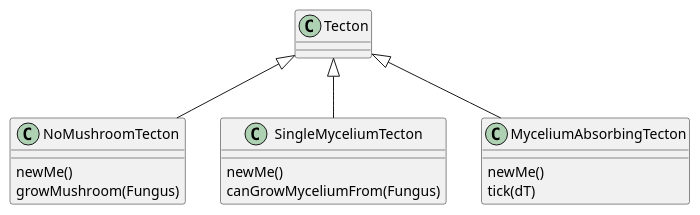
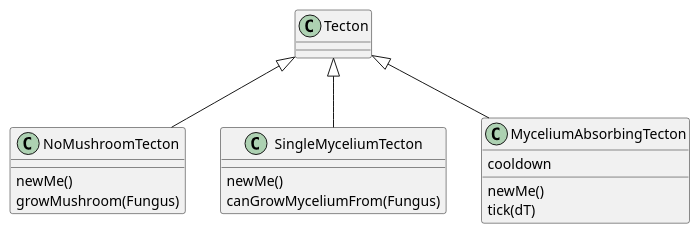
Before and after one commit to ZD4ve/projlab-error521: the diagram in Tecton/special-tecton-classes.pu, drawn with PlantUML. The commit also changed 14 other files, not shown here.

```diff
--- a/Tecton/special-tecton-classes.pu
+++ b/Tecton/special-tecton-classes.pu
@@ -1,21 +1,22 @@
 @startuml Tecton/special-tecton-classes
 
 class Tecton
 class NoMushroomTecton {
     newMe()
     growMushroom(Fungus)
 }
 class SingleMyceliumTecton {
     newMe()
     canGrowMyceliumFrom(Fungus)
 }
 class MyceliumAbsorbingTecton {
+    cooldown
     newMe()
     tick(dT)
 }
 
 Tecton <|-- NoMushroomTecton
 Tecton <|-- SingleMyceliumTecton
 Tecton <|-- MyceliumAbsorbingTecton
 
 @enduml
```
